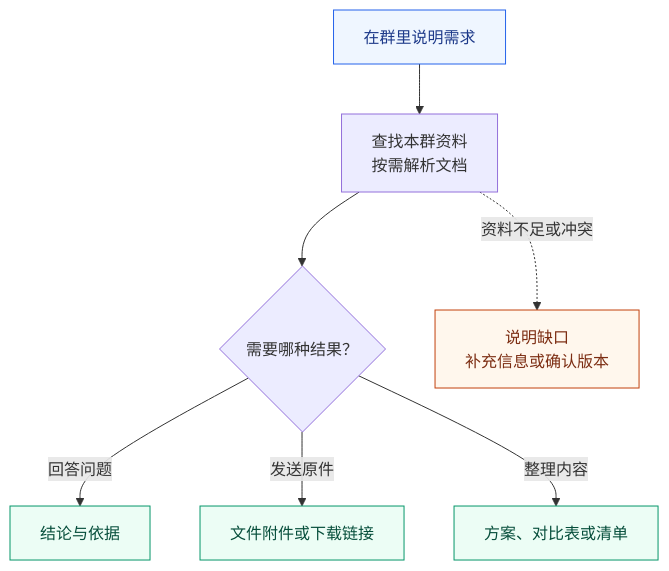
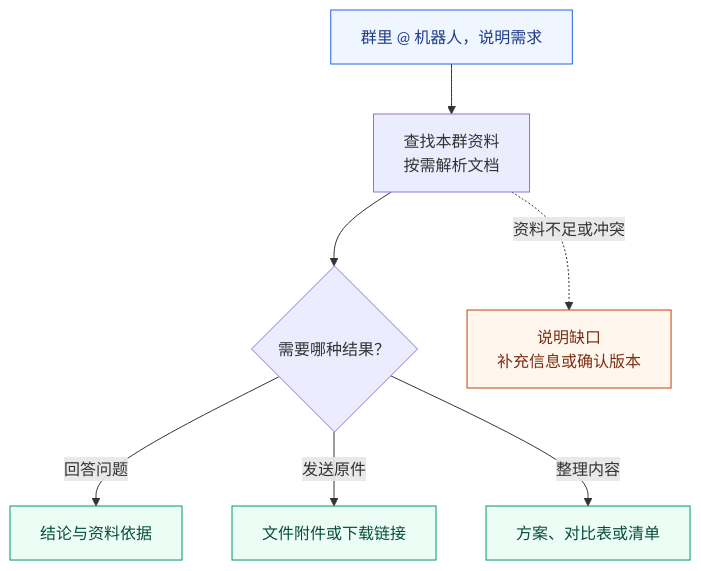
The diagram in README.md (jaykwok/mixin-chatbot), drawn with Mermaid before and after one commit. The commit also changed other lines of this file and 6 other files, not shown here.

````diff
--- a/README.md
+++ b/README.md
@@ -32,16 +24,16 @@
 ```mermaid
 flowchart TD
-  U["在群里说明需求"] --> S["查找本群资料<br/>按需解析文档"]
+  U["群里 @ 机器人，说明需求"] --> S["查找本群资料<br/>按需解析文档"]
   S --> D{"需要哪种结果？"}
-  D -->|回答问题| A["结论与依据"]
+  D -->|回答问题| A["结论与资料依据"]
   D -->|发送原件| F["文件附件或下载链接"]
   D -->|整理内容| G["方案、对比表或清单"]
   S -.->|资料不足或冲突| C["说明缺口<br/>补充信息或确认版本"]
 
   classDef input fill:#eff6ff,stroke:#2563eb,color:#1e3a8a
   classDef result fill:#ecfdf5,stroke:#059669,color:#064e3b
   classDef notice fill:#fff7ed,stroke:#c2410c,color:#7c2d12
   class U input
   class A,F,G result
   class C notice
 ```
````
